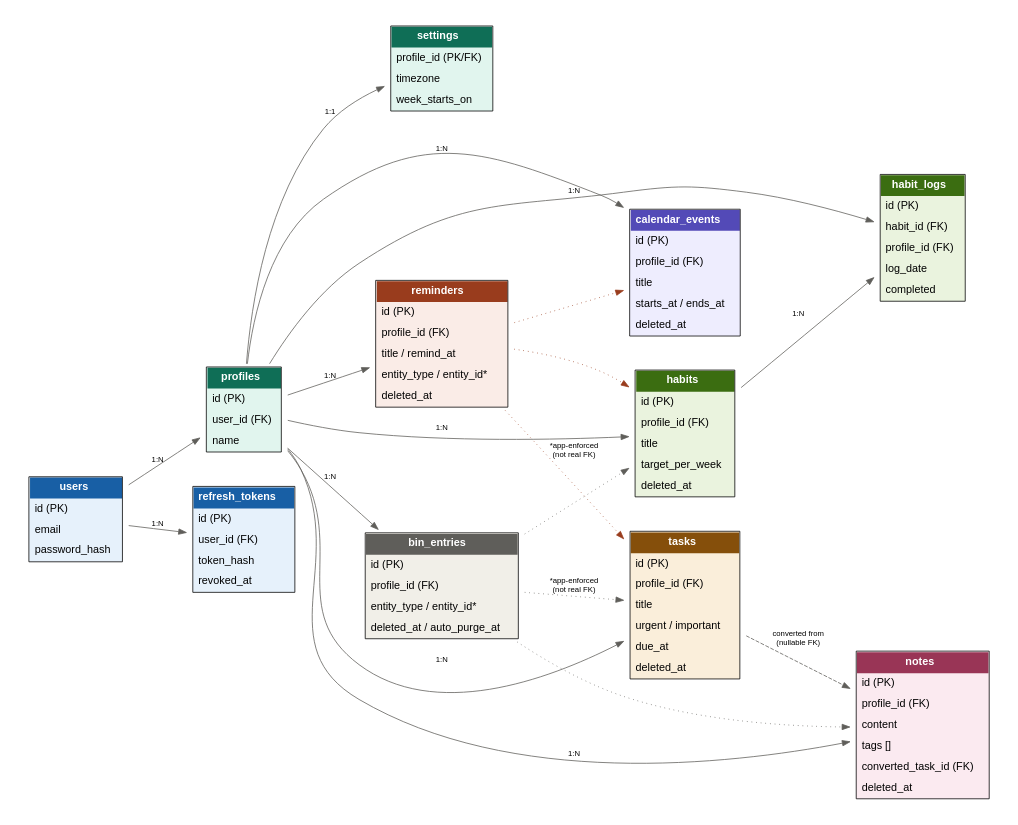
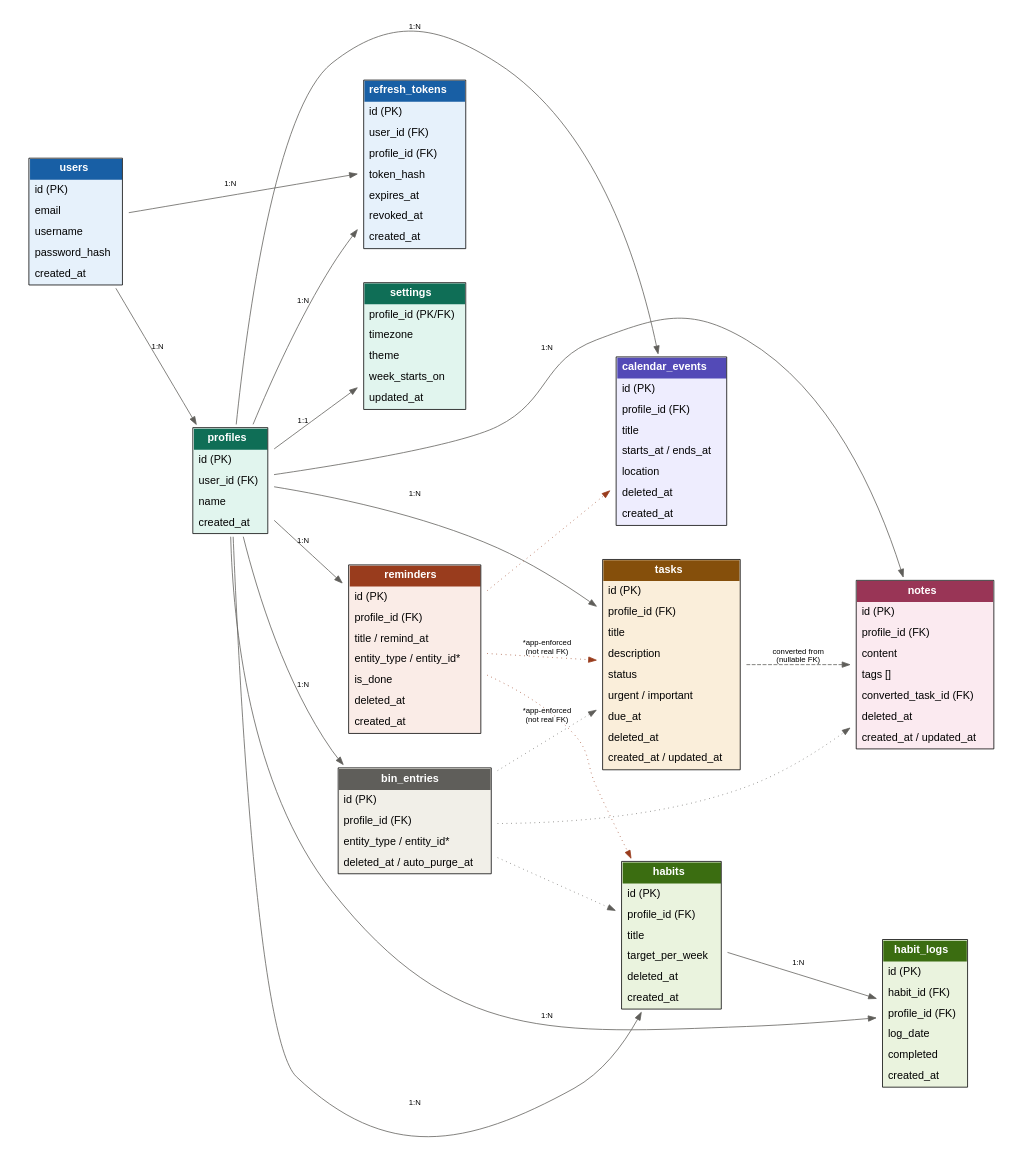
The diagram in db/schema-erd.dot (BhavanathJ/second-brain), drawn with Graphviz before and after one commit. The commit also changed 3 other files, not shown here.

First line of the commit message:
chore(db): sync ERD diagrams with schema.sql

```diff
--- a/db/schema-erd.dot
+++ b/db/schema-erd.dot
@@ -1,129 +1,148 @@
 digraph SecondBrainSchema {
   rankdir=LR;
   graph [fontname="Helvetica", bgcolor="white", pad=0.3, nodesep=0.5, ranksep=0.8];
   node [shape=plaintext, fontname="Helvetica"];
   edge [fontname="Helvetica", fontsize=10, color="#5f5e5a"];
 
   users [label=<
     <table border="1" cellborder="0" cellspacing="0" cellpadding="6" bgcolor="#E6F1FB">
       <tr><td bgcolor="#185FA5"><font color="white"><b>users</b></font></td></tr>
       <tr><td align="left">id (PK)</td></tr>
       <tr><td align="left">email</td></tr>
+      <tr><td align="left">username</td></tr>
       <tr><td align="left">password_hash</td></tr>
+      <tr><td align="left">created_at</td></tr>
     </table>>];
 
   profiles [label=<
     <table border="1" cellborder="0" cellspacing="0" cellpadding="6" bgcolor="#E1F5EE">
       <tr><td bgcolor="#0F6E56"><font color="white"><b>profiles</b></font></td></tr>
       <tr><td align="left">id (PK)</td></tr>
       <tr><td align="left">user_id (FK)</td></tr>
       <tr><td align="left">name</td></tr>
+      <tr><td align="left">created_at</td></tr>
     </table>>];
 
   refresh_tokens [label=<
     <table border="1" cellborder="0" cellspacing="0" cellpadding="6" bgcolor="#E6F1FB">
       <tr><td bgcolor="#185FA5"><font color="white"><b>refresh_tokens</b></font></td></tr>
       <tr><td align="left">id (PK)</td></tr>
       <tr><td align="left">user_id (FK)</td></tr>
+      <tr><td align="left">profile_id (FK)</td></tr>
       <tr><td align="left">token_hash</td></tr>
+      <tr><td align="left">expires_at</td></tr>
       <tr><td align="left">revoked_at</td></tr>
+      <tr><td align="left">created_at</td></tr>
     </table>>];
 
   settings [label=<
     <table border="1" cellborder="0" cellspacing="0" cellpadding="6" bgcolor="#E1F5EE">
       <tr><td bgcolor="#0F6E56"><font color="white"><b>settings</b></font></td></tr>
       <tr><td align="left">profile_id (PK/FK)</td></tr>
       <tr><td align="left">timezone</td></tr>
+      <tr><td align="left">theme</td></tr>
       <tr><td align="left">week_starts_on</td></tr>
+      <tr><td align="left">updated_at</td></tr>
     </table>>];
 
   tasks [label=<
     <table border="1" cellborder="0" cellspacing="0" cellpadding="6" bgcolor="#FAEEDA">
       <tr><td bgcolor="#854F0B"><font color="white"><b>tasks</b></font></td></tr>
       <tr><td align="left">id (PK)</td></tr>
       <tr><td align="left">profile_id (FK)</td></tr>
       <tr><td align="left">title</td></tr>
+      <tr><td align="left">description</td></tr>
+      <tr><td align="left">status</td></tr>
       <tr><td align="left">urgent / important</td></tr>
       <tr><td align="left">due_at</td></tr>
       <tr><td align="left">deleted_at</td></tr>
+      <tr><td align="left">created_at / updated_at</td></tr>
     </table>>];
 
   notes [label=<
     <table border="1" cellborder="0" cellspacing="0" cellpadding="6" bgcolor="#FBEAF0">
       <tr><td bgcolor="#993556"><font color="white"><b>notes</b></font></td></tr>
       <tr><td align="left">id (PK)</td></tr>
       <tr><td align="left">profile_id (FK)</td></tr>
       <tr><td align="left">content</td></tr>
       <tr><td align="left">tags []</td></tr>
       <tr><td align="left">converted_task_id (FK)</td></tr>
       <tr><td align="left">deleted_at</td></tr>
+      <tr><td align="left">created_at / updated_at</td></tr>
     </table>>];
 
   habits [label=<
     <table border="1" cellborder="0" cellspacing="0" cellpadding="6" bgcolor="#EAF3DE">
       <tr><td bgcolor="#3B6D11"><font color="white"><b>habits</b></font></td></tr>
       <tr><td align="left">id (PK)</td></tr>
       <tr><td align="left">profile_id (FK)</td></tr>
       <tr><td align="left">title</td></tr>
       <tr><td align="left">target_per_week</td></tr>
       <tr><td align="left">deleted_at</td></tr>
+      <tr><td align="left">created_at</td></tr>
     </table>>];
 
   habit_logs [label=<
     <table border="1" cellborder="0" cellspacing="0" cellpadding="6" bgcolor="#EAF3DE">
       <tr><td bgcolor="#3B6D11"><font color="white"><b>habit_logs</b></font></td></tr>
       <tr><td align="left">id (PK)</td></tr>
       <tr><td align="left">habit_id (FK)</td></tr>
       <tr><td align="left">profile_id (FK)</td></tr>
       <tr><td align="left">log_date</td></tr>
       <tr><td align="left">completed</td></tr>
+      <tr><td align="left">created_at</td></tr>
     </table>>];
 
   calendar_events [label=<
     <table border="1" cellborder="0" cellspacing="0" cellpadding="6" bgcolor="#EEEDFE">
       <tr><td bgcolor="#534AB7"><font color="white"><b>calendar_events</b></font></td></tr>
       <tr><td align="left">id (PK)</td></tr>
       <tr><td align="left">profile_id (FK)</td></tr>
       <tr><td align="left">title</td></tr>
       <tr><td align="left">starts_at / ends_at</td></tr>
+      <tr><td align="left">location</td></tr>
       <tr><td align="left">deleted_at</td></tr>
+      <tr><td align="left">created_at</td></tr>
     </table>>];
 
   reminders [label=<
     <table border="1" cellborder="0" cellspacing="0" cellpadding="6" bgcolor="#FAECE7">
       <tr><td bgcolor="#993C1D"><font color="white"><b>reminders</b></font></td></tr>
       <tr><td align="left">id (PK)</td></tr>
       <tr><td align="left">profile_id (FK)</td></tr>
       <tr><td align="left">title / remind_at</td></tr>
       <tr><td align="left">entity_type / entity_id*</td></tr>
+      <tr><td align="left">is_done</td></tr>
       <tr><td align="left">deleted_at</td></tr>
+      <tr><td align="left">created_at</td></tr>
     </table>>];
 
   bin_entries [label=<
     <table border="1" cellborder="0" cellspacing="0" cellpadding="6" bgcolor="#F1EFE8">
       <tr><td bgcolor="#5F5E5A"><font color="white"><b>bin_entries</b></font></td></tr>
       <tr><td align="left">id (PK)</td></tr>
       <tr><td align="left">profile_id (FK)</td></tr>
       <tr><td align="left">entity_type / entity_id*</td></tr>
       <tr><td align="left">deleted_at / auto_purge_at</td></tr>
     </table>>];
 
   users -> profiles [label="1:N"];
   users -> refresh_tokens [label="1:N"];
+  profiles -> refresh_tokens [label="1:N"];
   profiles -> settings [label="1:1"];
   profiles -> tasks [label="1:N"];
   profiles -> notes [label="1:N"];
   profiles -> habits [label="1:N"];
   profiles -> habit_logs [label="1:N"];
   profiles -> calendar_events [label="1:N"];
   profiles -> reminders [label="1:N"];
   profiles -> bin_entries [label="1:N"];
   tasks -> notes [label="converted from\n(nullable FK)" style=dashed];
   habits -> habit_logs [label="1:N"];
   reminders -> tasks [label="*app-enforced\n(not real FK)" style=dotted color="#993C1D"];
   reminders -> habits [style=dotted color="#993C1D"];
   reminders -> calendar_events [style=dotted color="#993C1D"];
   bin_entries -> tasks [label="*app-enforced\n(not real FK)" style=dotted color="#5F5E5A"];
   bin_entries -> notes [style=dotted color="#5F5E5A"];
   bin_entries -> habits [style=dotted color="#5F5E5A"];
 }
```
